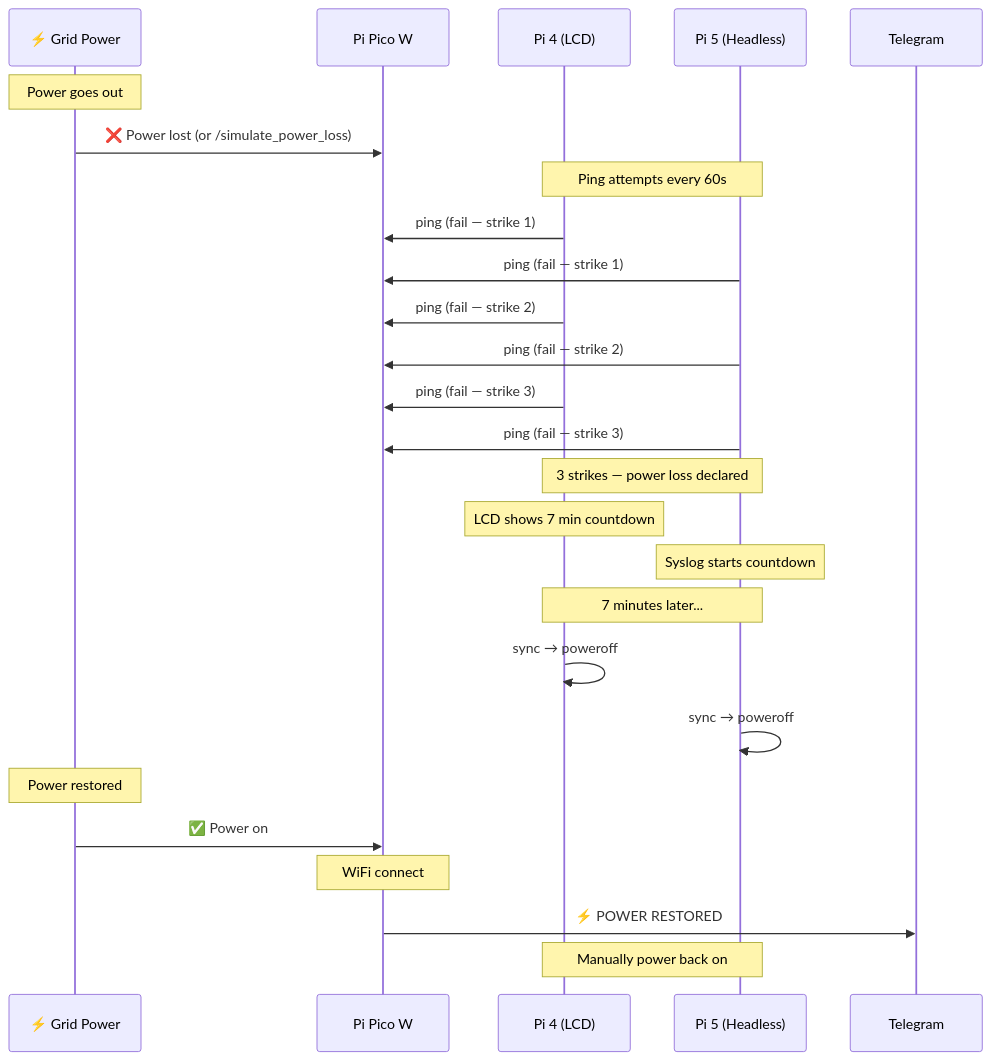
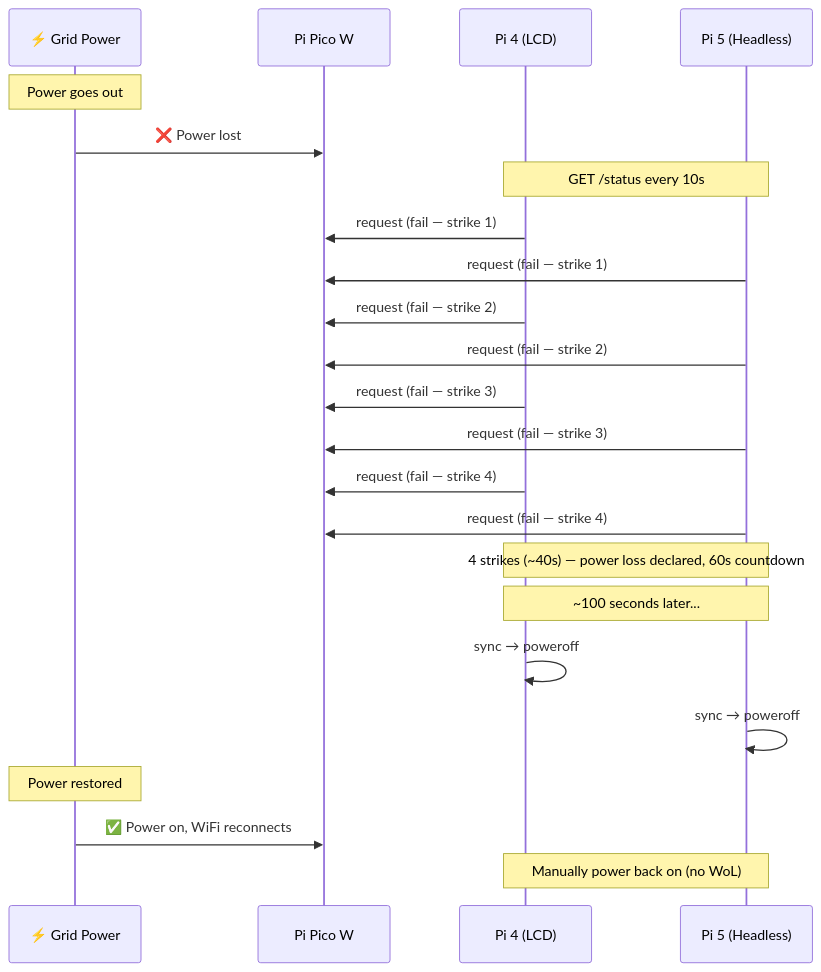
The second of 2 diagrams in README.md (sagniKdas53/home-mesh), drawn with Mermaid before and after one commit. The commit also changed other lines of this file and 12 other files, not shown here.

First line of the commit message:
Replace Telegram bot with a lightweight HTTP status endpoint

````diff
--- a/README.md
+++ b/README.md
@@ -37,33 +36,30 @@
 ```mermaid
 sequenceDiagram
     participant Grid as ⚡ Grid Power
     participant Pico as Pi Pico W
     participant Pi4 as Pi 4 (LCD)
     participant Pi5 as Pi 5 (Headless)
-    participant TG as Telegram
 
     Note over Grid: Power goes out
-    Grid->>Pico: ❌ Power lost (or /simulate_power_loss)
-    
-    Note over Pi4,Pi5: Ping attempts every 60s
-    Pi4->>Pico: ping (fail — strike 1)
-    Pi5->>Pico: ping (fail — strike 1)
-    Pi4->>Pico: ping (fail — strike 2)
-    Pi5->>Pico: ping (fail — strike 2)
-    Pi4->>Pico: ping (fail — strike 3)
-    Pi5->>Pico: ping (fail — strike 3)
-    
-    Note over Pi4,Pi5: 3 strikes — power loss declared
-    Note over Pi4: LCD shows 7 min countdown
-    Note over Pi5: Syslog starts countdown
+    Grid->>Pico: ❌ Power lost
 
-    Note over Pi4,Pi5: 7 minutes later...
+    Note over Pi4,Pi5: GET /status every 10s
+    Pi4->>Pico: request (fail — strike 1)
+    Pi5->>Pico: request (fail — strike 1)
+    Pi4->>Pico: request (fail — strike 2)
+    Pi5->>Pico: request (fail — strike 2)
+    Pi4->>Pico: request (fail — strike 3)
+    Pi5->>Pico: request (fail — strike 3)
+    Pi4->>Pico: request (fail — strike 4)
+    Pi5->>Pico: request (fail — strike 4)
+
+    Note over Pi4,Pi5: 4 strikes (~40s) — power loss declared, 60s countdown
+
+    Note over Pi4,Pi5: ~100 seconds later...
     Pi4->>Pi4: sync → poweroff
     Pi5->>Pi5: sync → poweroff
 
     Note over Grid: Power restored
-    Grid->>Pico: ✅ Power on
-    Note over Pico: WiFi connect
-    Pico->>TG: ⚡ POWER RESTORED
-    Note over Pi4,Pi5: Manually power back on
+    Grid->>Pico: ✅ Power on, WiFi reconnects
+    Note over Pi4,Pi5: Manually power back on (no WoL)
 ```
````
